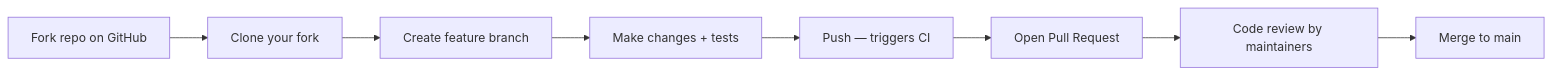
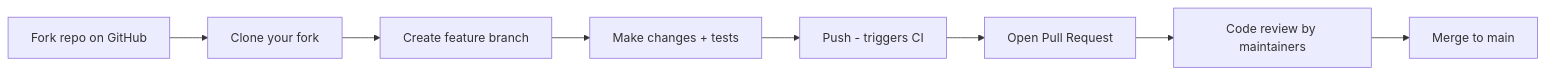
One commit to OneUptime/blog changed the diagram in posts/2026-03-13-calico-open-source-community-workflows/README.md. Above: the diagram before and after it, drawn with Mermaid. The commit also changed other lines of this file and 4409 other files, not shown here.

````diff
--- a/posts/2026-03-13-calico-open-source-community-workflows/README.md
+++ b/posts/2026-03-13-calico-open-source-community-workflows/README.md
@@ -100,10 +100,10 @@
 ```mermaid
 graph LR
     Fork[Fork repo on GitHub] --> Clone[Clone your fork]
     Clone --> Branch[Create feature branch]
     Branch --> Code[Make changes + tests]
-    Code --> CI[Push — triggers CI]
+    Code --> CI[Push - triggers CI]
     CI --> PR[Open Pull Request]
     PR --> Review[Code review by maintainers]
     Review --> Merge[Merge to main]
 ```
````
